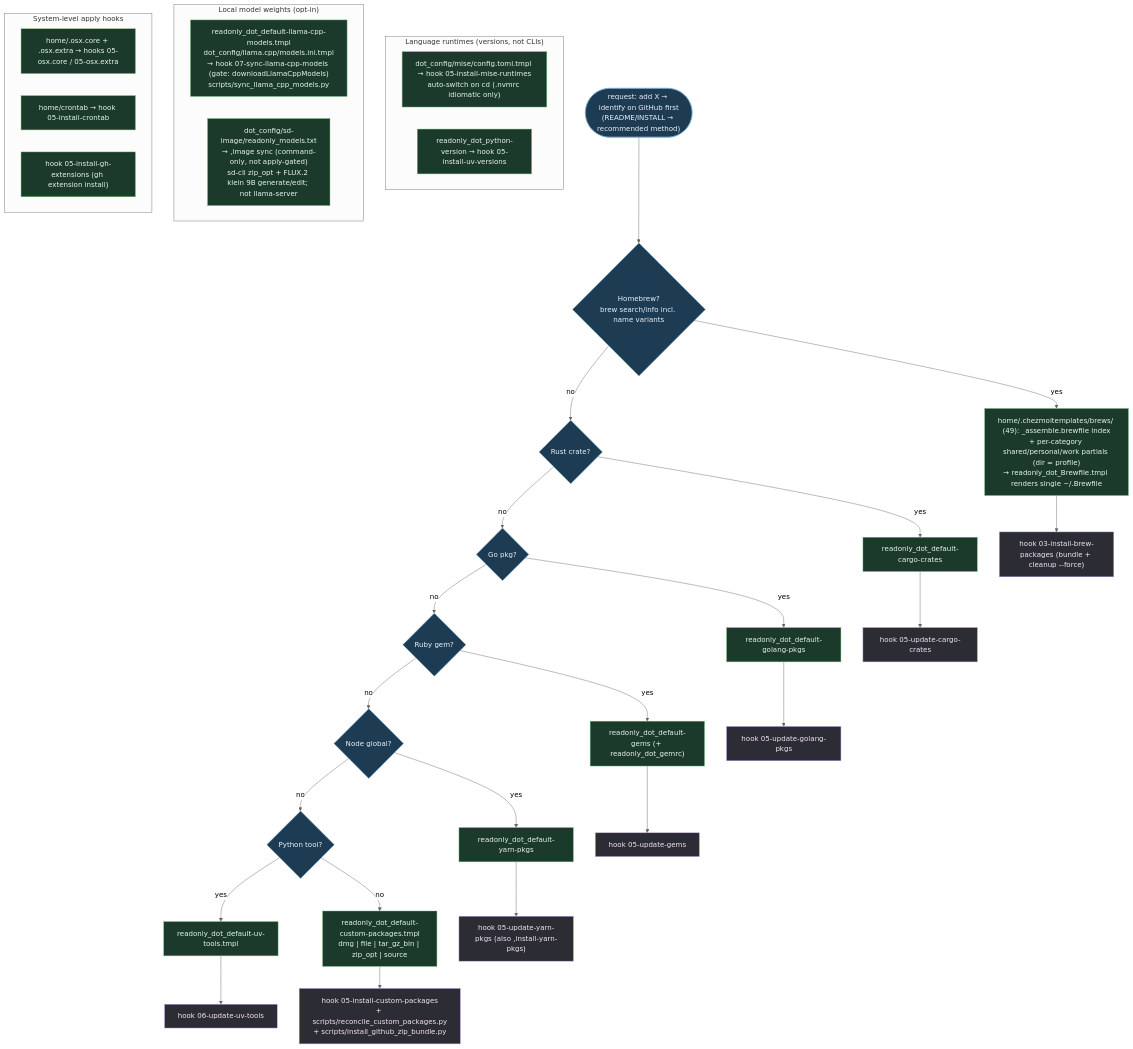
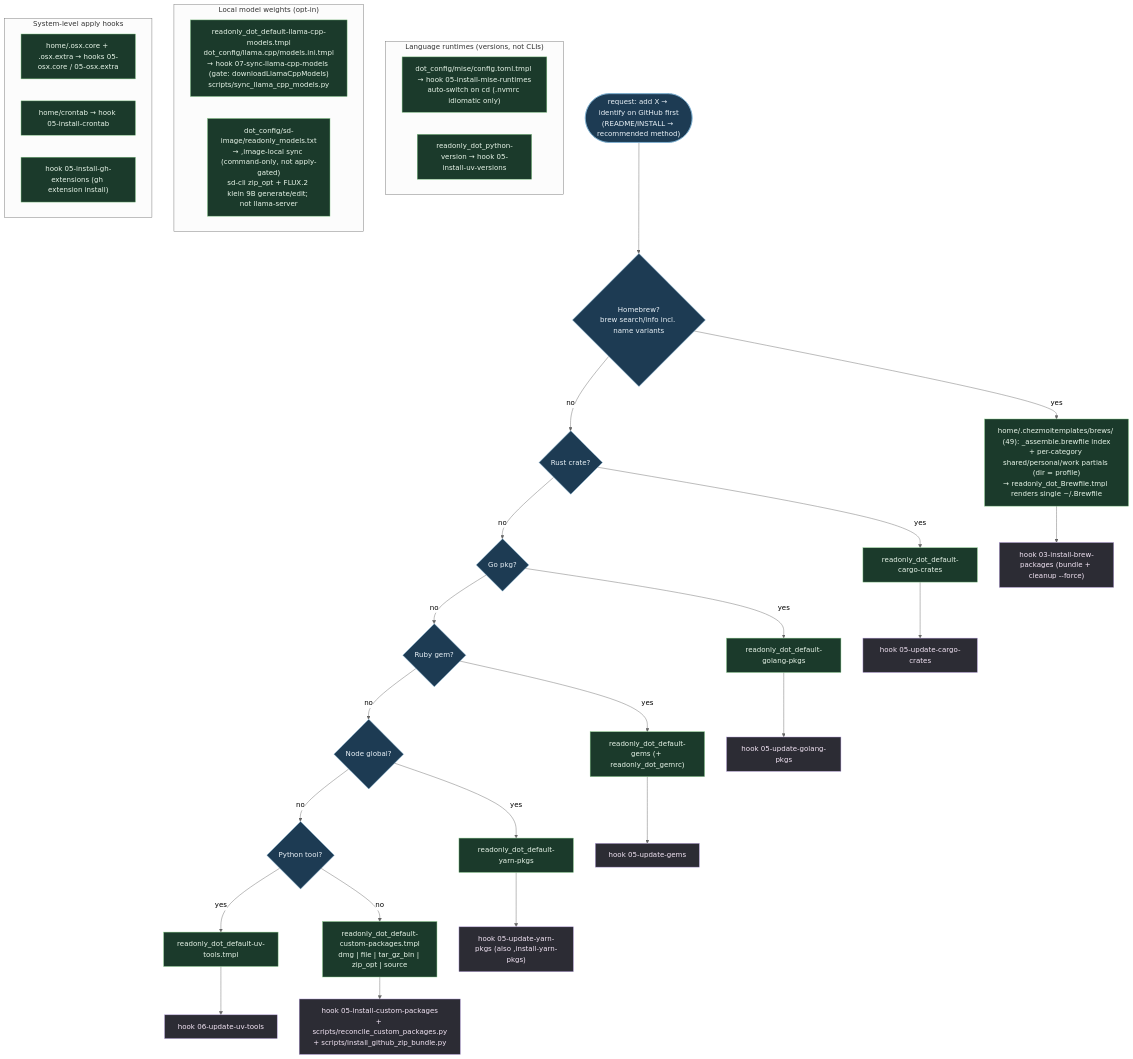
One commit to kapral18/dotfiles changed the diagram in .mermaids/02-package-management.mmd. Above: the diagram before and after it, drawn with Mermaid (neutral theme). The commit also changed 24 other files, not shown here.

Commit message:
feat(cli): add ,image-openrouter command and rename ,image to ,image-local

```diff
--- a/.mermaids/02-package-management.mmd
+++ b/.mermaids/02-package-management.mmd
@@ -1,49 +1,49 @@
 %% ============================================================================
 %% 02-package-management.mmd — "add X" decision ladder + every declarative
 %% package list and its sync hook. Stop at first suitable match top-down.
 %% Lists live at home/readonly_dot_default-* (deployed to ~/.default-*).
 %% ============================================================================
 flowchart TD
     classDef q fill:#1d3b53,stroke:#7fb3d5,color:#eaf2f8;
     classDef reg fill:#1b3a2b,stroke:#81c784,color:#e8f5e9;
     classDef hook fill:#2c2c34,stroke:#b39ddb,color:#f3e5f5;
 
     ADD(["request: add X → identify on GitHub first<br/>(README/INSTALL → recommended method)"]):::q
 
     ADD --> BREW{"Homebrew?<br/>brew search/info incl. name variants"}:::q
     BREW -- yes --> BREWF["home/.chezmoitemplates/brews/ (49): _assemble.brewfile index<br/>+ per-category shared/personal/work partials (dir = profile)<br/>→ readonly_dot_Brewfile.tmpl renders single ~/.Brewfile"]:::reg
     BREW -- no --> CARGO{Rust crate?}:::q
     CARGO -- yes --> CARGOF["readonly_dot_default-cargo-crates"]:::reg
     CARGO -- no --> GO{Go pkg?}:::q
     GO -- yes --> GOF["readonly_dot_default-golang-pkgs"]:::reg
     GO -- no --> GEM{Ruby gem?}:::q
     GEM -- yes --> GEMF["readonly_dot_default-gems (+ readonly_dot_gemrc)"]:::reg
     GEM -- no --> YARN{Node global?}:::q
     YARN -- yes --> YARNF["readonly_dot_default-yarn-pkgs"]:::reg
     YARN -- no --> UV{Python tool?}:::q
     UV -- yes --> UVF["readonly_dot_default-uv-tools.tmpl"]:::reg
     UV -- no --> CUSTOM["readonly_dot_default-custom-packages.tmpl<br/>dmg | file | tar_gz_bin | zip_opt | source"]:::reg
 
     BREWF --> H3["hook 03-install-brew-packages (bundle + cleanup --force)"]:::hook
     CARGOF --> H5c["hook 05-update-cargo-crates"]:::hook
     GOF --> H5g["hook 05-update-golang-pkgs"]:::hook
     GEMF --> H5r["hook 05-update-gems"]:::hook
     YARNF --> H5y["hook 05-update-yarn-pkgs (also ,install-yarn-pkgs)"]:::hook
     UVF --> H6["hook 06-update-uv-tools"]:::hook
     CUSTOM --> H5x["hook 05-install-custom-packages<br/>+ scripts/reconcile_custom_packages.py<br/>+ scripts/install_github_zip_bundle.py"]:::hook
 
     subgraph RUNTIMES["Language runtimes (versions, not CLIs)"]
         MISE["dot_config/mise/config.toml.tmpl → hook 05-install-mise-runtimes<br/>auto-switch on cd (.nvmrc idiomatic only)"]:::reg
         PYV["readonly_dot_python-version → hook 05-install-uv-versions"]:::reg
     end
 
     subgraph LOCALAI["Local model weights (opt-in)"]
         LLAMA["readonly_dot_default-llama-cpp-models.tmpl<br/>dot_config/llama.cpp/models.ini.tmpl<br/>→ hook 07-sync-llama-cpp-models (gate: downloadLlamaCppModels)<br/>scripts/sync_llama_cpp_models.py"]:::reg
-        SDIMAGE["dot_config/sd-image/readonly_models.txt<br/>→ ,image sync (command-only, not apply-gated)<br/>sd-cli zip_opt + FLUX.2 klein 9B generate/edit; not llama-server"]:::reg
+        SDIMAGE["dot_config/sd-image/readonly_models.txt<br/>→ ,image-local sync (command-only, not apply-gated)<br/>sd-cli zip_opt + FLUX.2 klein 9B generate/edit; not llama-server"]:::reg
     end
 
     subgraph SYSTEM["System-level apply hooks"]
         OSX["home/.osx.core + .osx.extra → hooks 05-osx.core / 05-osx.extra"]:::reg
         CRON["home/crontab → hook 05-install-crontab"]:::reg
         GHEXT["hook 05-install-gh-extensions (gh extension install)"]:::reg
     end
```
